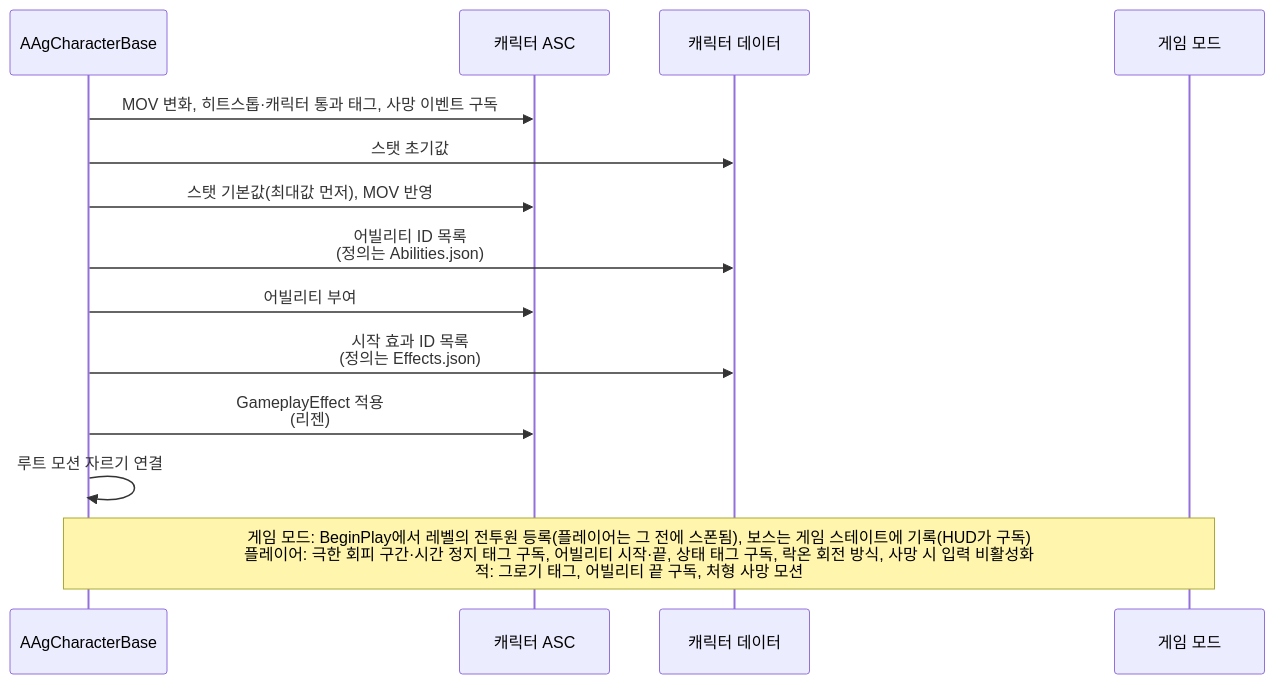
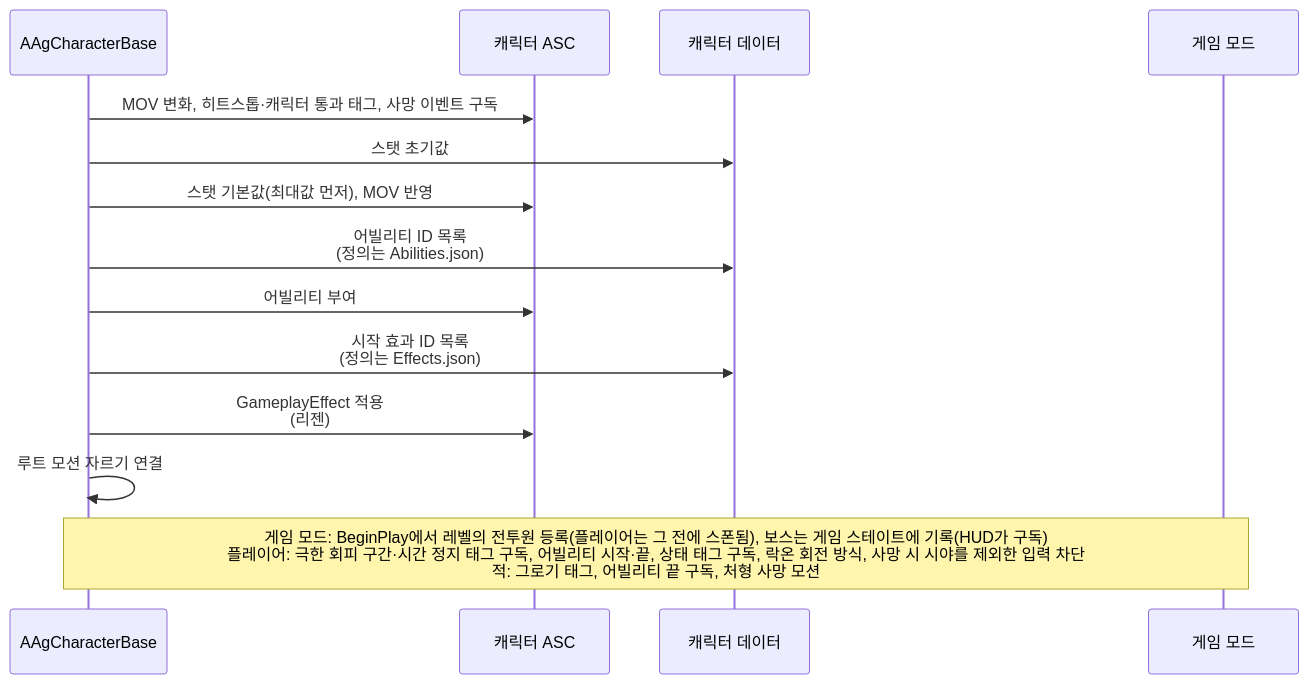
The third of 5 diagrams in Docs/Architecture/캐릭터 기반 구조와 GAS.md (Woogl/Ag), drawn with Mermaid before and after one commit. The commit also changed 17 other files, not shown here.

````diff
--- a/Docs/Architecture/캐릭터 기반 구조와 GAS.md
+++ b/Docs/Architecture/캐릭터 기반 구조와 GAS.md
@@ -146,16 +146,16 @@
 ```mermaid
 sequenceDiagram
     participant C as AAgCharacterBase
     participant ASC as 캐릭터 ASC
     participant D as 캐릭터 데이터
     participant GM as 게임 모드
     C->>ASC: MOV 변화, 히트스톱·캐릭터 통과 태그, 사망 이벤트 구독
     C->>D: 스탯 초기값
     C->>ASC: 스탯 기본값(최대값 먼저), MOV 반영
     C->>D: 어빌리티 ID 목록<br>(정의는 Abilities.json)
     C->>ASC: 어빌리티 부여
     C->>D: 시작 효과 ID 목록<br>(정의는 Effects.json)
     C->>ASC: GameplayEffect 적용<br>(리젠)
     C->>C: 루트 모션 자르기 연결
-    Note over C,GM: 게임 모드: BeginPlay에서 레벨의 전투원 등록(플레이어는 그 전에 스폰됨), 보스는 게임 스테이트에 기록(HUD가 구독)<br>플레이어: 극한 회피 구간·시간 정지 태그 구독, 어빌리티 시작·끝, 상태 태그 구독, 락온 회전 방식, 사망 시 입력 비활성화<br>적: 그로기 태그, 어빌리티 끝 구독, 처형 사망 모션
+    Note over C,GM: 게임 모드: BeginPlay에서 레벨의 전투원 등록(플레이어는 그 전에 스폰됨), 보스는 게임 스테이트에 기록(HUD가 구독)<br>플레이어: 극한 회피 구간·시간 정지 태그 구독, 어빌리티 시작·끝, 상태 태그 구독, 락온 회전 방식, 사망 시 시야를 제외한 입력 차단<br>적: 그로기 태그, 어빌리티 끝 구독, 처형 사망 모션
 ```
````
